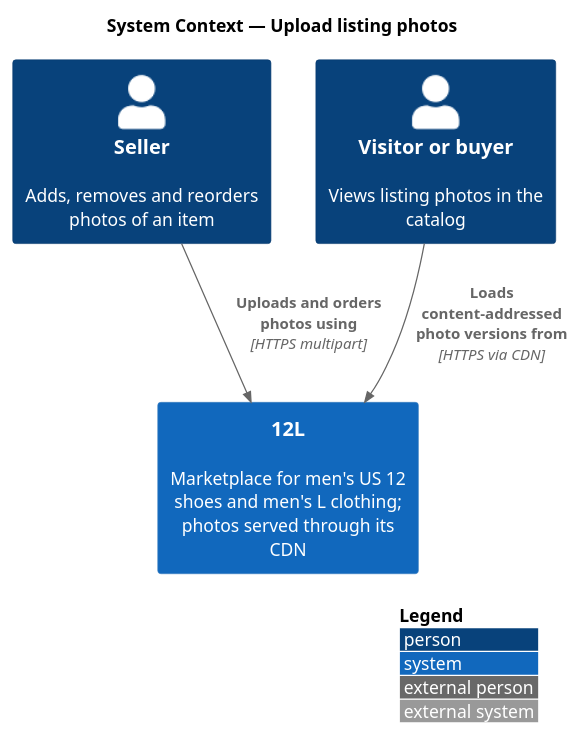
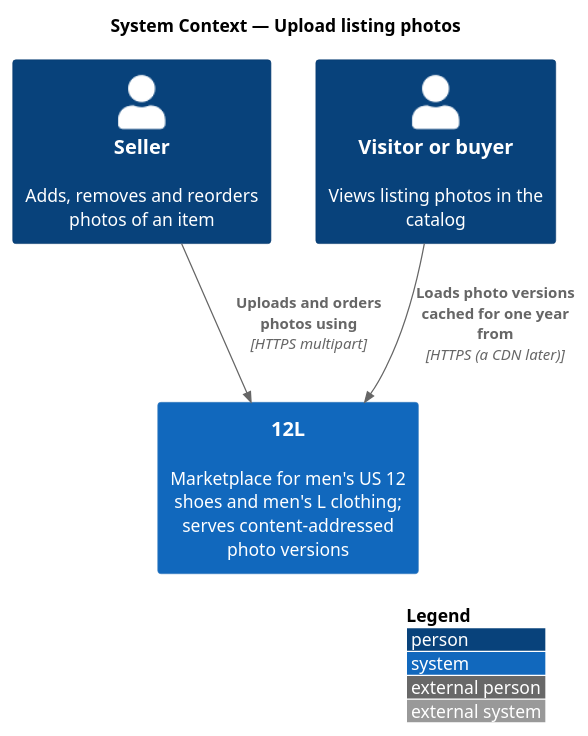
Before and after one commit to QuinntyneBrown/12l: the diagram in docs/detailed-designs/listings/upload-listing-photos/diagrams/c4-context.puml, drawn with PlantUML. The commit also changed 57 other files, not shown here.

Commit message:
Document upload-listing-photos: design, ADRs, design system, composition, estimates

```diff
--- a/docs/detailed-designs/listings/upload-listing-photos/diagrams/c4-context.puml
+++ b/docs/detailed-designs/listings/upload-listing-photos/diagrams/c4-context.puml
@@ -1,12 +1,12 @@
 @startuml
 !include <C4/C4_Context>
 LAYOUT_WITH_LEGEND()
 title System Context — Upload listing photos
 
 Person(seller, "Seller", "Adds, removes and reorders photos of an item")
 Person(buyer, "Visitor or buyer", "Views listing photos in the catalog")
-System(twelvel, "12L", "Marketplace for men's US 12 shoes and men's L clothing; photos served through its CDN")
+System(twelvel, "12L", "Marketplace for men's US 12 shoes and men's L clothing; serves content-addressed photo versions")
 
 Rel(seller, twelvel, "Uploads and orders photos using", "HTTPS multipart")
-Rel(buyer, twelvel, "Loads content-addressed photo versions from", "HTTPS via CDN")
+Rel(buyer, twelvel, "Loads photo versions cached for one year from", "HTTPS (a CDN later)")
 @enduml
```
